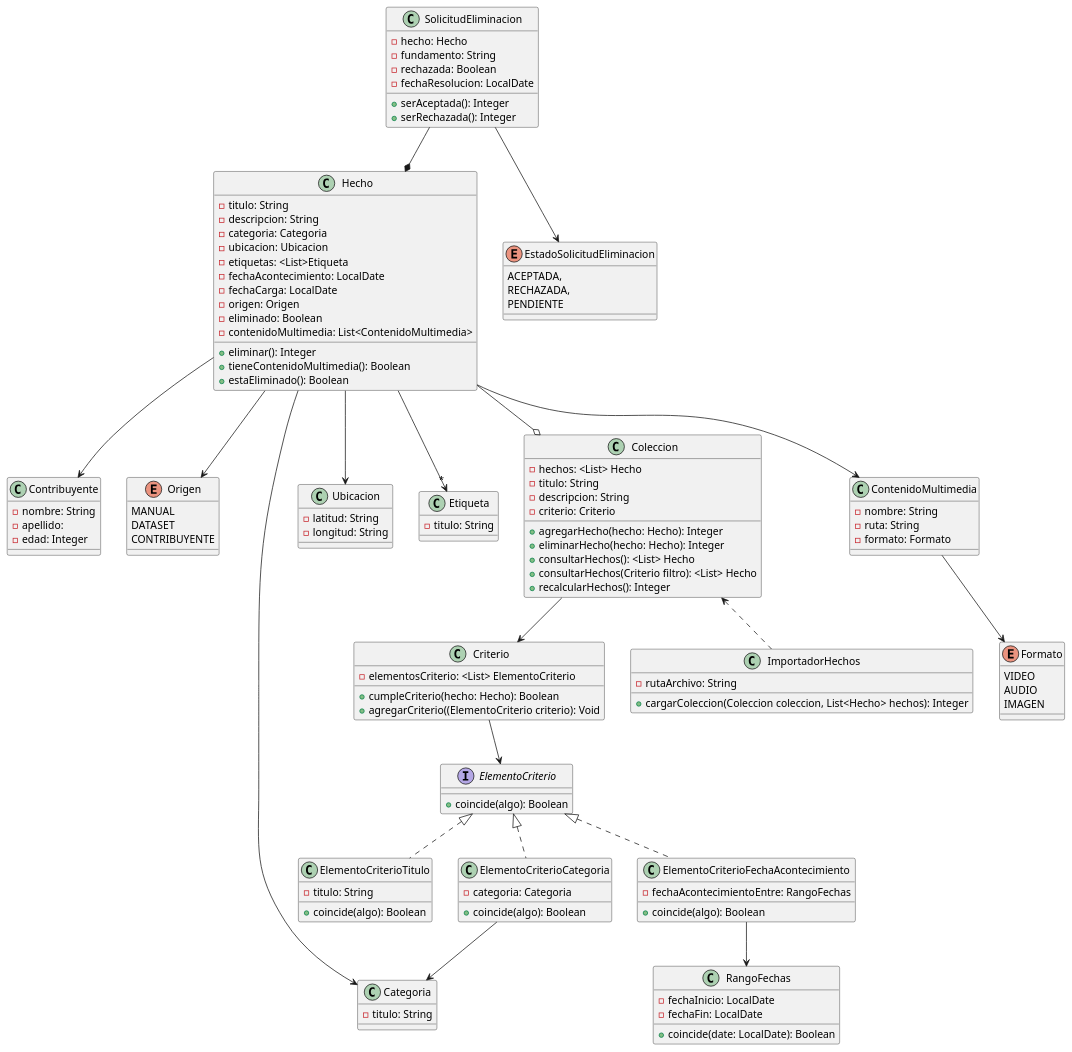
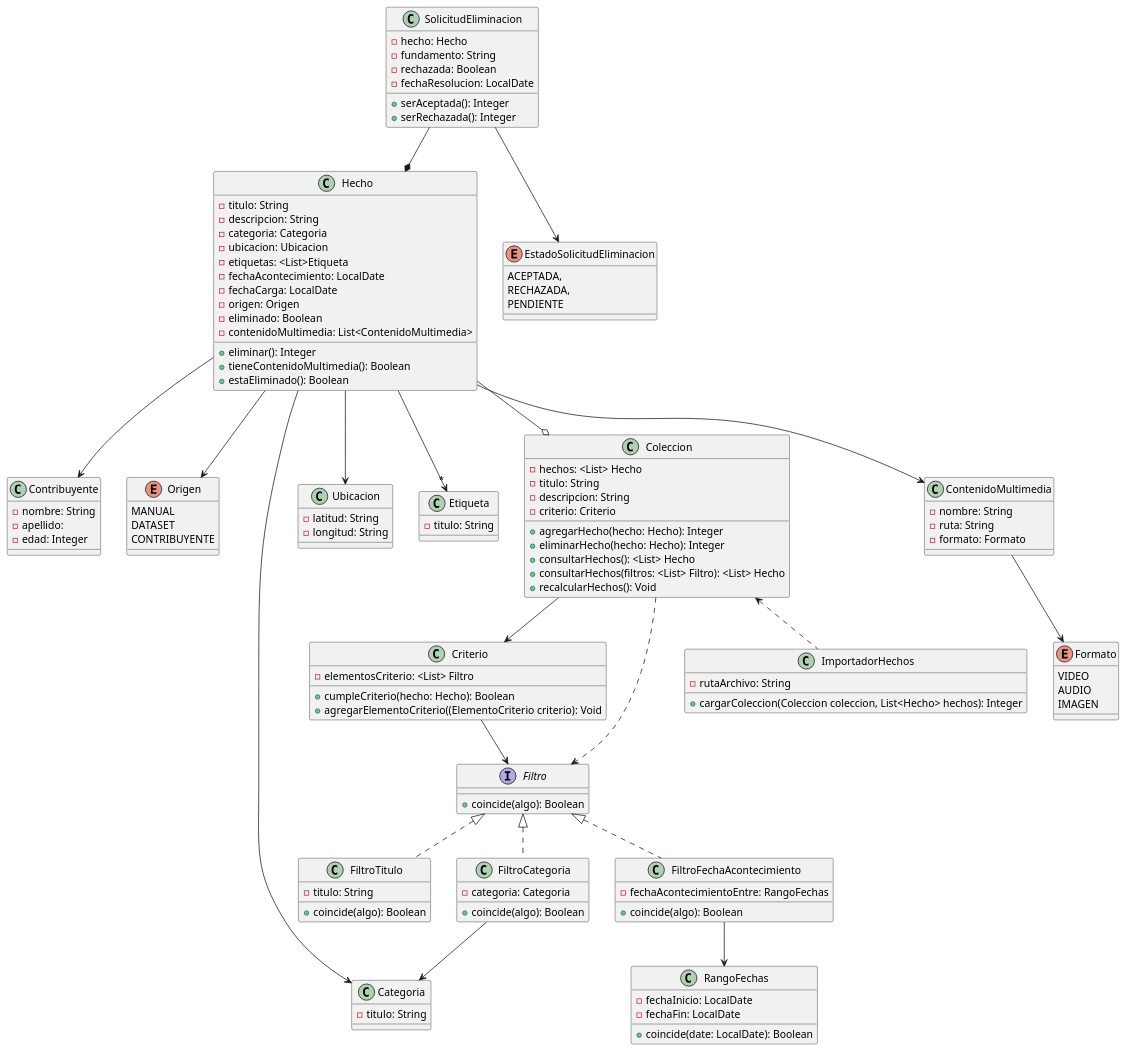
Before and after one commit to BrunoRodriguezzz/tp-dsi: the diagram in DiagramaDeClases-1°Entrega.puml, drawn with PlantUML. The commit also changed 13 other files, not shown here.

```diff
--- a/DiagramaDeClases-1°Entrega.puml
+++ b/DiagramaDeClases-1°Entrega.puml
@@ -1,154 +1,155 @@
     @startuml
 'Hecho
 Hecho --> Contribuyente
 Hecho --> Origen
 Hecho --> Categoria
 Hecho --> Ubicacion
 Hecho -->"*" Etiqueta
 Hecho --o Coleccion
 Hecho --> ContenidoMultimedia
 
 'Solicitudes de Eliminacion
 SolicitudEliminacion --* Hecho
 SolicitudEliminacion --> EstadoSolicitudEliminacion
 
 'Colecciones
 Coleccion --> Criterio
+Coleccion ..> Filtro
 
 'Importador de Hechos
 Coleccion <.. ImportadorHechos
 
 'Criterio
-Criterio --> ElementoCriterio
+Criterio --> Filtro
 
 'ElementoCriterio
-ElementoCriterio <|.. ElementoCriterioTitulo
-ElementoCriterio <|.. ElementoCriterioCategoria
-ElementoCriterio <|.. ElementoCriterioFechaAcontecimiento
+Filtro <|.. FiltroTitulo
+Filtro <|.. FiltroCategoria
+Filtro <|.. FiltroFechaAcontecimiento
 
 'Estrategias
-ElementoCriterioCategoria --> Categoria
-ElementoCriterioFechaAcontecimiento --> RangoFechas
+FiltroCategoria --> Categoria
+FiltroFechaAcontecimiento --> RangoFechas
 
 'Contenido Multimedia
 ContenidoMultimedia --> Formato
 
 class Contribuyente {
     -nombre: String
     -apellido:
     -edad: Integer
 }
 
 enum EstadoSolicitudEliminacion {
     ACEPTADA,
     RECHAZADA,
     PENDIENTE
 }
 
 class ContenidoMultimedia {
     -nombre: String
     -ruta: String
     -formato: Formato
 }
 
 enum Formato {
     VIDEO
     AUDIO
     IMAGEN
 }
 
 class Hecho {
     -titulo: String
     -descripcion: String
     -categoria: Categoria
     -ubicacion: Ubicacion
     -etiquetas: <List>Etiqueta
     -fechaAcontecimiento: LocalDate
     -fechaCarga: LocalDate
     -origen: Origen
     -eliminado: Boolean
     -contenidoMultimedia: List<ContenidoMultimedia>
     +eliminar(): Integer
     +tieneContenidoMultimedia(): Boolean
     +estaEliminado(): Boolean
 }
 
 class ImportadorHechos {
     -rutaArchivo: String
     +cargarColeccion(Coleccion coleccion, List<Hecho> hechos): Integer
 }
 
 class Etiqueta {
     -titulo: String
 }
 
 enum Origen {
     MANUAL
     DATASET
     CONTRIBUYENTE
 }
 
 class Categoria {
     -titulo: String
 }
 
 class Ubicacion {
     -latitud: String
     -longitud: String
 }
 
 class SolicitudEliminacion {
     -hecho: Hecho
     -fundamento: String
     -rechazada: Boolean
     -fechaResolucion: LocalDate
     +serAceptada(): Integer
     +serRechazada(): Integer
 }
 
 class Coleccion {
     -hechos: <List> Hecho
     -titulo: String
     -descripcion: String
     -criterio: Criterio
     +agregarHecho(hecho: Hecho): Integer
     +eliminarHecho(hecho: Hecho): Integer
     'Solo para representar overload
     +consultarHechos(): <List> Hecho
-    +consultarHechos(Criterio filtro): <List> Hecho
-    +recalcularHechos(): Integer
+    +consultarHechos(filtros: <List> Filtro): <List> Hecho
+    +recalcularHechos(): Void
 }
 
 class Criterio{
-    -elementosCriterio: <List> ElementoCriterio
+    -elementosCriterio: <List> Filtro
 
     +cumpleCriterio(hecho: Hecho): Boolean
-    +agregarCriterio((ElementoCriterio criterio): Void
+    +agregarElementoCriterio((ElementoCriterio criterio): Void
 }
 
 class RangoFechas {
     -fechaInicio: LocalDate
     -fechaFin: LocalDate
     +coincide(date: LocalDate): Boolean
 }
 
-interface ElementoCriterio{
+interface Filtro{
     +coincide(algo): Boolean
 }
 
-class ElementoCriterioTitulo{
+class FiltroTitulo{
     -titulo: String
     +coincide(algo): Boolean
 }
 
-class ElementoCriterioFechaAcontecimiento{
+class FiltroFechaAcontecimiento{
     -fechaAcontecimientoEntre: RangoFechas
     +coincide(algo): Boolean
 }
 
-class ElementoCriterioCategoria{
+class FiltroCategoria{
     -categoria: Categoria
     +coincide(algo): Boolean
 }
 
 @enduml
```
